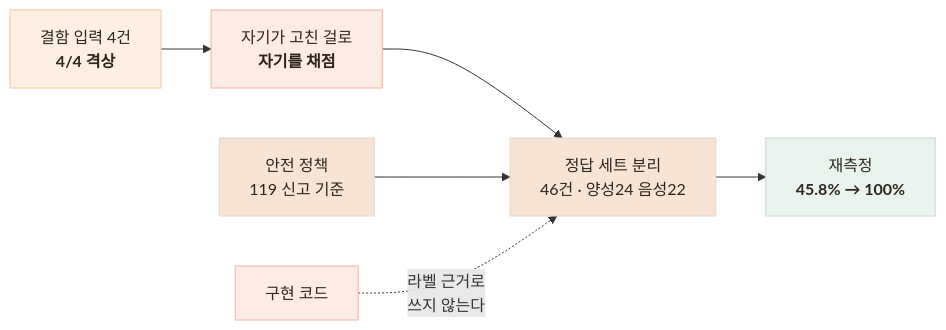
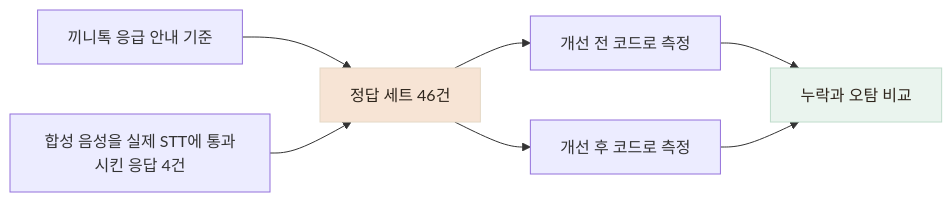
Before and after one commit to Jinacker/PortFolio: the second of 2 diagrams in public/mds/kkinitalk/verify-3-emergency.md, drawn with Mermaid. The commit also changed other lines of this file and 12 other files, not shown here.

````diff
--- a/public/mds/kkinitalk/verify-3-emergency.md
+++ b/public/mds/kkinitalk/verify-3-emergency.md
@@ -43,15 +59,12 @@
 ```mermaid
 flowchart LR
-    A["결함 입력 4건<br/><b>4/4 격상</b>"] --> B["자기가 고친 걸로<br/><b>자기를 채점</b>"]
-    B --> C["정답 세트 분리<br/>46건 · 양성24 음성22"]
-    P["안전 정책<br/>119 신고 기준"] --> C
-    X["구현 코드"] -.->|"라벨 근거로<br/>쓰지 않는다"| C
-    C --> D["재측정<br/><b>45.8% → 100%</b>"]
+    POLICY["끼니톡 응급 안내 기준"] --> SET["정답 세트 46건"]
+    STT["합성 음성을 실제 STT에 통과시킨 응답 4건"] --> SET
+    SET --> BEFORE["개선 전 코드로 측정"]
+    SET --> AFTER["개선 후 코드로 측정"]
+    BEFORE --> COMPARE["누락과 오탐 비교"]
+    AFTER --> COMPARE
 
-    style A fill:#FDF0E2,stroke:#EFCB9E,color:#2E251C
-    style B fill:#FDEBE6,stroke:#EFB4A3,color:#2E251C
-    style X fill:#FDEBE6,stroke:#EFB4A3,color:#2E251C
-    style P fill:#F7E4D5,stroke:#E4D8C6,color:#2E251C
-    style C fill:#F7E4D5,stroke:#E4D8C6,color:#2E251C
-    style D fill:#EAF4EE,stroke:#BFDCCB,color:#2E251C
+    style SET fill:#F7E4D5,stroke:#E4D8C6,color:#2E251C
+    style COMPARE fill:#EAF4EE,stroke:#BFDCCB,color:#2E251C
 ```
````
